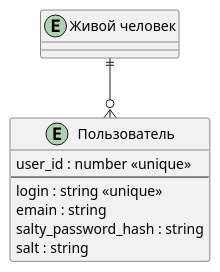
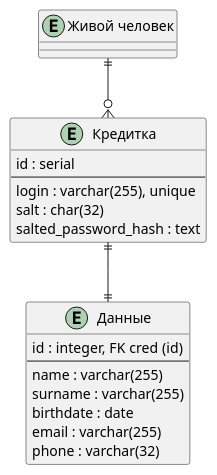
Before and after one commit to sermir2003/my-tiny-social-network: the diagram in docs/erd-main.plantuml, drawn with PlantUML. The commit also changed 1 other file, not shown here.

Commit message:
corrected users erd

```diff
--- a/docs/erd-main.plantuml
+++ b/docs/erd-main.plantuml
@@ -1,18 +1,28 @@
 @startuml erd-main
 
 skinparam linetype ortho
 
 entity "Живой человек" as human {}
 
-entity "Пользователь" as user {
-    user_id : number <<unique>>
+entity "Кредитка" as cred {
+    id : serial
     --
-    login : string <<unique>>
-    emain : string
-    salty_password_hash : string
-    salt : string
+    login : varchar(255), unique
+    salt : char(32)
+    salted_password_hash : text
 }
 
-human ||--o{ user
+entity "Данные" as data {
+    id : integer, FK cred (id)
+    --
+    name : varchar(255)
+    surname : varchar(255)
+    birthdate : date
+    email : varchar(255)
+    phone : varchar(32)
+}
+
+human ||--o{ cred
+cred ||--|| data
 
 @enduml
```
